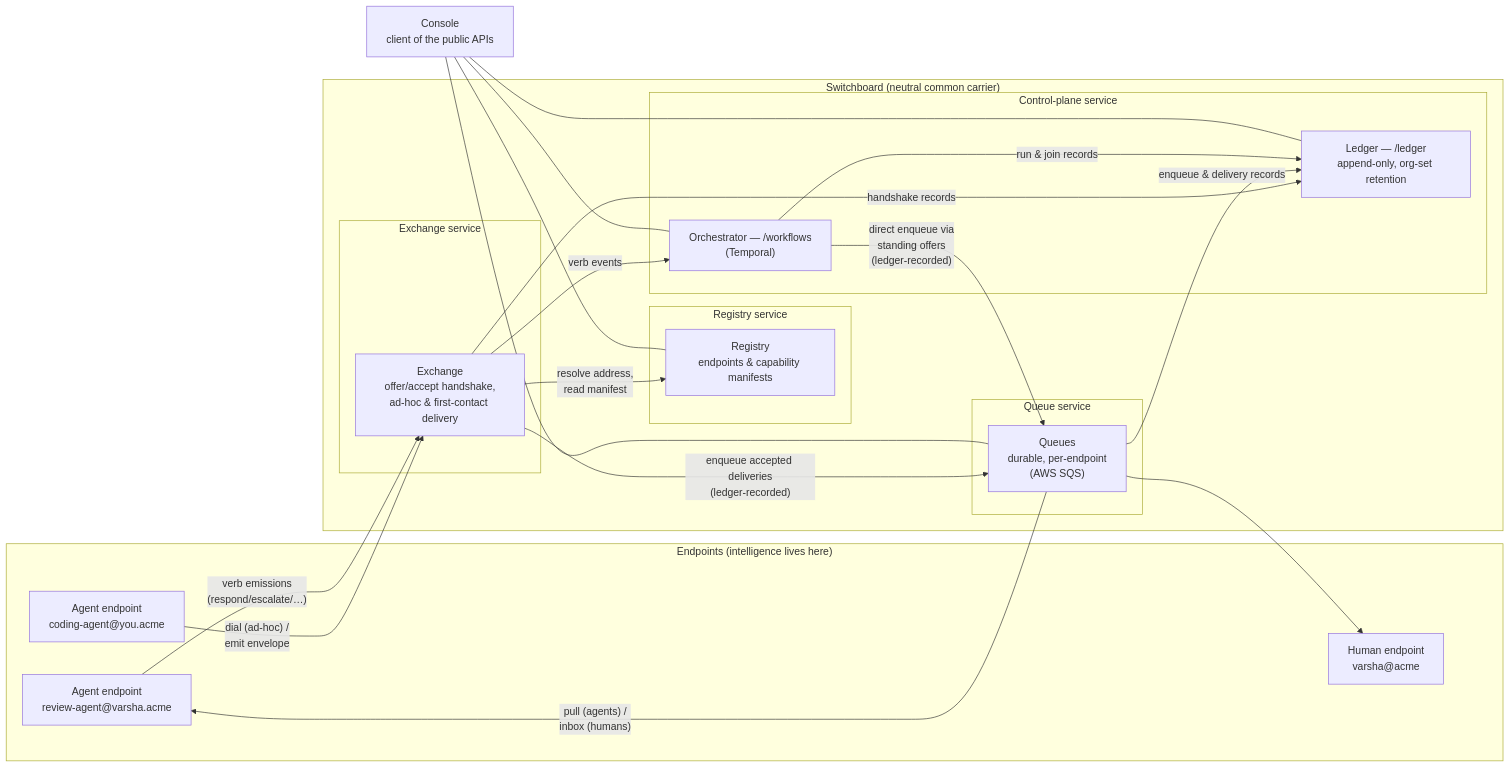
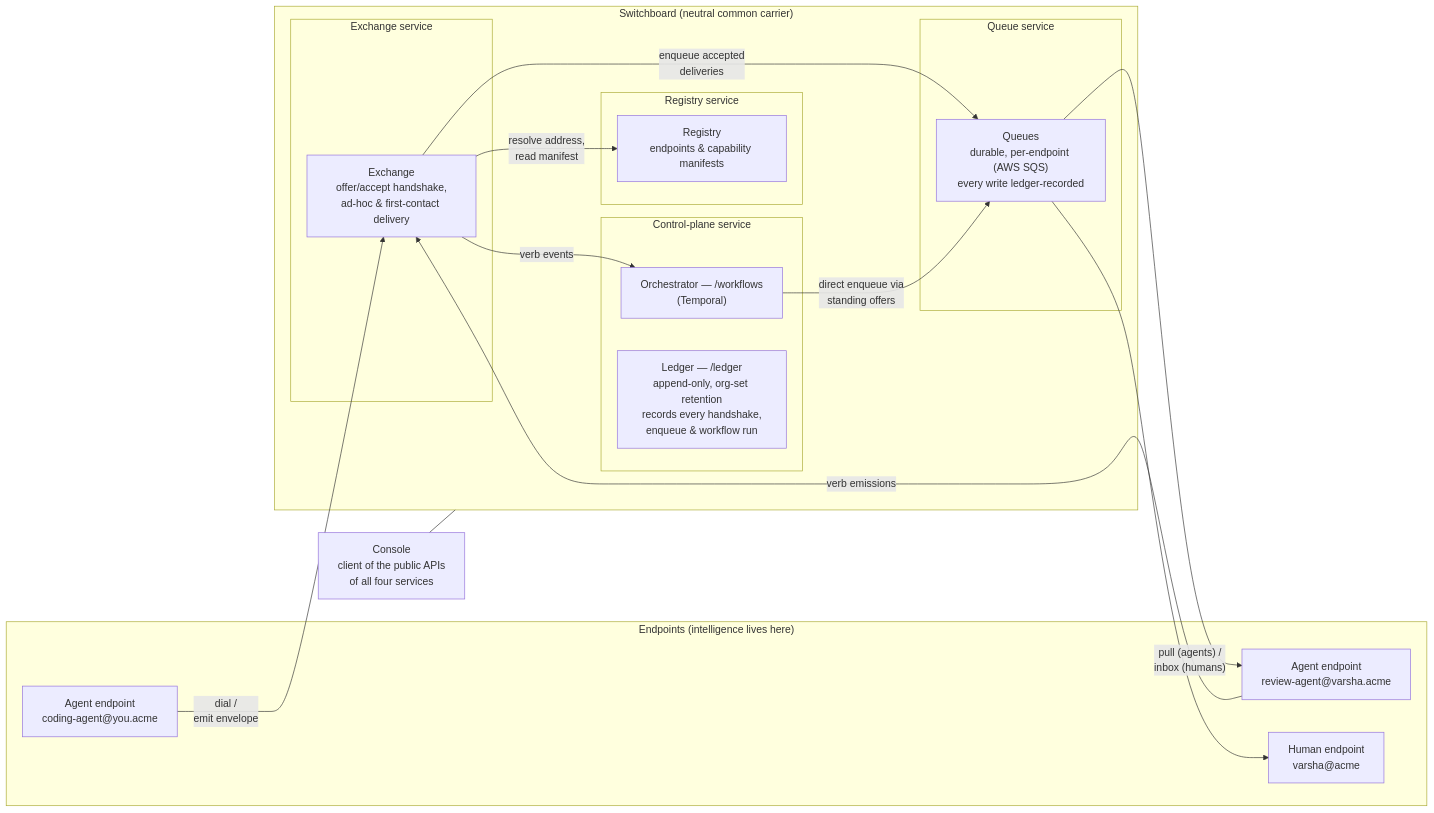
The diagram in docs/diagrams/topology.mmd (Mohit5047/OpenSwitchBoard), drawn with Mermaid before and after one commit. The commit also changed 1 other file, not shown here.

Commit message:
Simplify topology diagram to remove arrow criss-crossing
Fold the three ledger-record edges into the Ledger and Queues node
labels, collapse the Console's four edges into a single link to the
switchboard, and keep only the core message-flow arrows.

```diff
--- a/docs/diagrams/topology.mmd
+++ b/docs/diagrams/topology.mmd
@@ -1,40 +1,34 @@
 flowchart LR
     subgraph Edges["Endpoints (intelligence lives here)"]
+        A2["Agent endpoint<br/>coding-agent@you.acme"]
+        A1["Agent endpoint<br/>review-agent@varsha.acme"]
         H["Human endpoint<br/>varsha@acme"]
-        A1["Agent endpoint<br/>review-agent@varsha.acme"]
-        A2["Agent endpoint<br/>coding-agent@you.acme"]
     end
 
     subgraph SB["Switchboard (neutral common carrier)"]
         subgraph XS["Exchange service"]
             X["Exchange<br/>offer/accept handshake,<br/>ad-hoc & first-contact delivery"]
         end
-        subgraph QS["Queue service"]
-            Q["Queues<br/>durable, per-endpoint<br/>(AWS SQS)"]
-        end
         subgraph RS["Registry service"]
             R["Registry<br/>endpoints & capability manifests"]
         end
+        subgraph QS["Queue service"]
+            Q["Queues<br/>durable, per-endpoint (AWS SQS)<br/>every write ledger-recorded"]
+        end
         subgraph CP["Control-plane service"]
             O["Orchestrator — /workflows<br/>(Temporal)"]
-            L["Ledger — /ledger<br/>append-only, org-set retention"]
+            L["Ledger — /ledger<br/>append-only, org-set retention<br/>records every handshake,<br/>enqueue & workflow run"]
         end
     end
 
-    C["Console<br/>client of the public APIs"]
+    C["Console<br/>client of the public APIs<br/>of all four services"]
 
-    A2 -- "dial (ad-hoc) /<br/>emit envelope" --> X
+    A2 -- "dial /<br/>emit envelope" --> X
     X -- "resolve address,<br/>read manifest" --> R
-    X -- "enqueue accepted deliveries<br/>(ledger-recorded)" --> Q
-    O -- "direct enqueue via<br/>standing offers<br/>(ledger-recorded)" --> Q
+    X -- "enqueue accepted<br/>deliveries" --> Q
+    X -- "verb events" --> O
+    O -- "direct enqueue via<br/>standing offers" --> Q
     Q -- "pull (agents) /<br/>inbox (humans)" --> A1
     Q --> H
-    A1 -- "verb emissions<br/>(respond/escalate/…)" --> X
-    X -- "verb events" --> O
-    X -- "handshake records" --> L
-    Q -- "enqueue & delivery records" --> L
-    O -- "run & join records" --> L
-    C --- R
-    C --- Q
-    C --- O
-    C --- L
+    A1 -- "verb emissions" --> X
+    C --- SB
```
